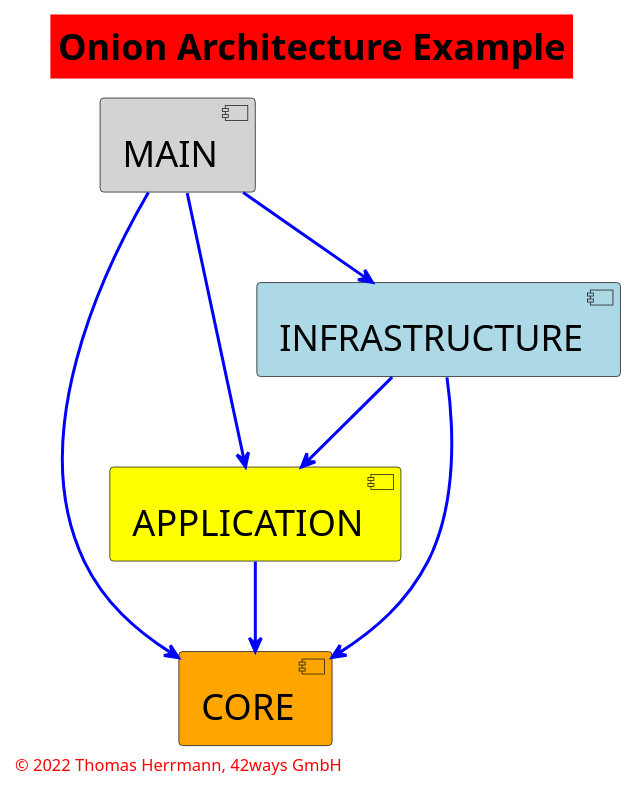
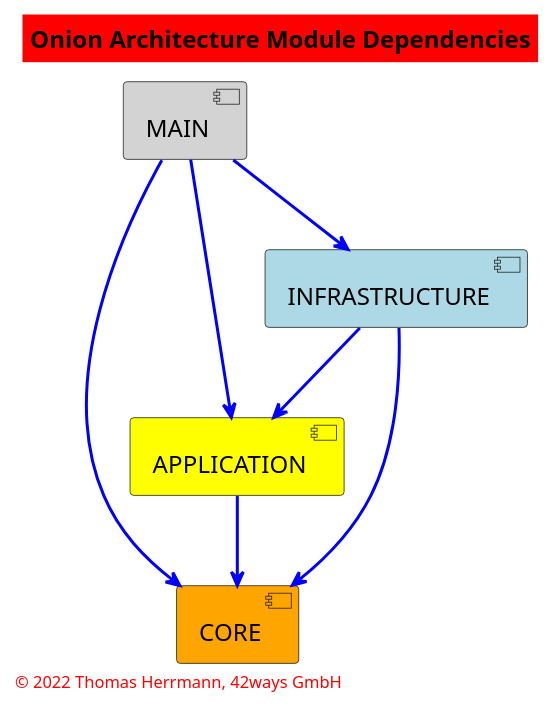
One commit to 42ways/onion-architecture-blueprint changed the diagram in modules.puml. Above: the diagram before and after it, drawn with PlantUML. The commit also changed 2 other files, not shown here.

```diff
--- a/modules.puml
+++ b/modules.puml
@@ -1,46 +1,46 @@
 @startuml
 
 <style>
 title {
-  FontSize 24
+  FontSize 16
   FontColor Black
   BackgroundColor Red
 }
 footer {
   HorizontalAlignment left
   FontSize 11
   FontColor red
 }
 </style>
 
 ' skinparam linetype ortho
 ' skinparam titleBorderRoundCorner 15
 ' skinparam titleBorderThickness 2
 ' skinparam titleBorderColor red
 ' skinparam titleBackgroundColor Red
 
 
-title Onion Architecture Example
+title Onion Architecture Module Dependencies
 
 component CORE #orange
 
 component APPLICATION #yellow
 
 component INFRASTRUCTURE #lightblue
 
 component MAIN #lightgray
 
   MAIN -[#blue,bold]-> INFRASTRUCTURE
   MAIN -[#blue,bold]-> APPLICATION
   MAIN -[#blue,bold]-> CORE
 
   INFRASTRUCTURE -[#blue,bold]-> APPLICATION
   INFRASTRUCTURE -[#blue,bold]-> CORE
 
   APPLICATION -[#blue,bold]-> CORE
 
 footer
 © 2022 Thomas Herrmann, 42ways GmbH
 endfooter
 
 @enduml
```
